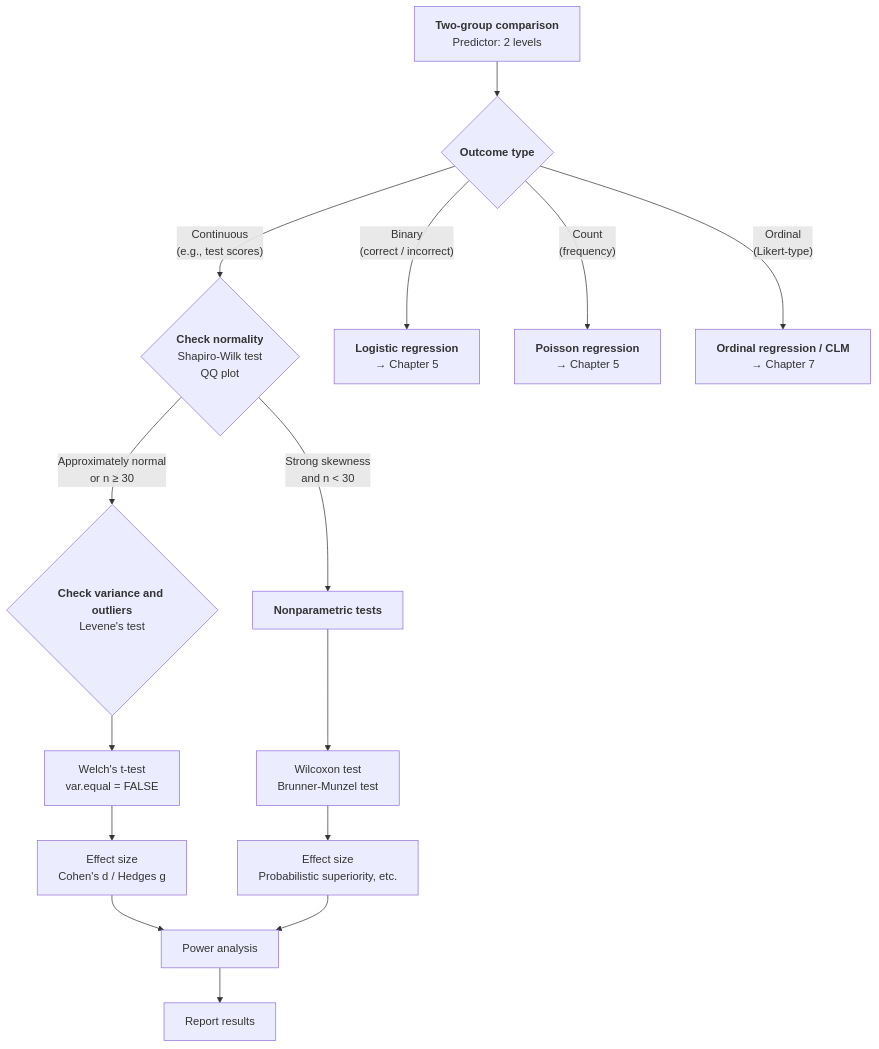
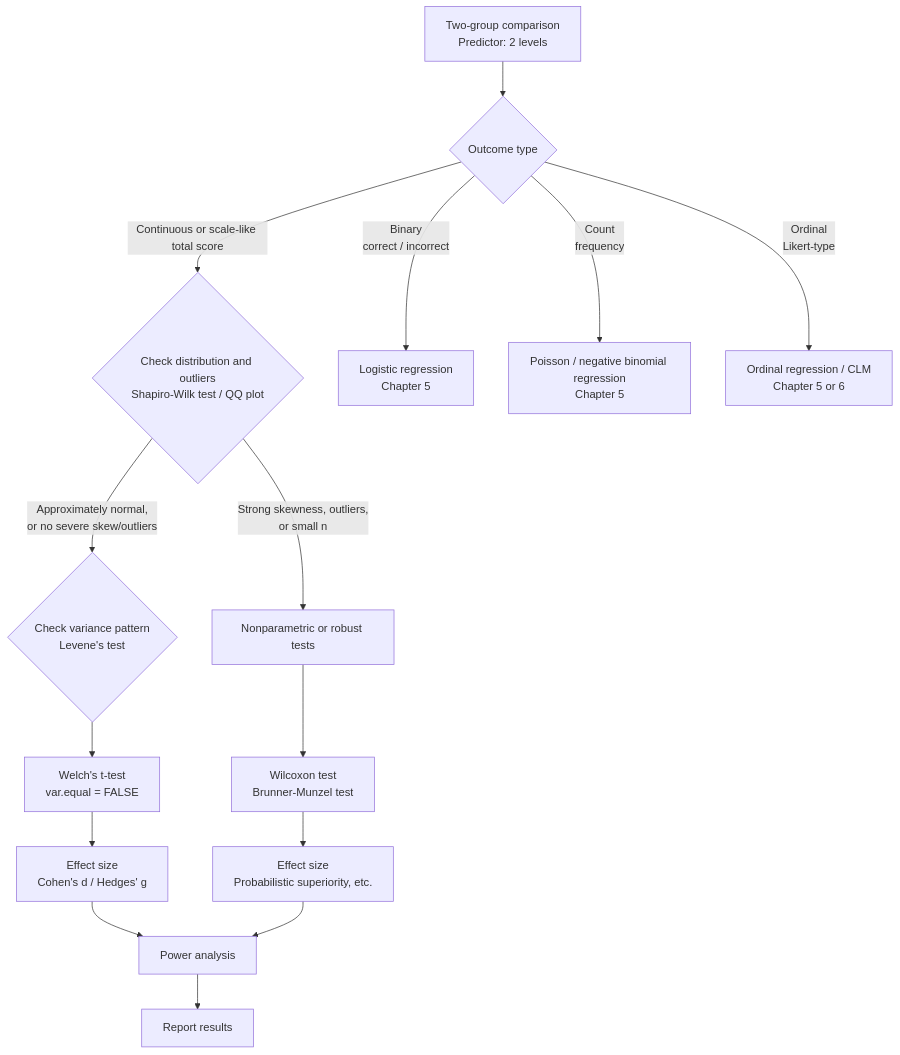
Before and after one commit to Ryuya-dot-com/ELE_Website_Statistics_Book: the diagram in 1_T検定と効果量.qmd, drawn with Mermaid. The commit also changed other lines of this file and 896 other files, not shown here.

````diff
--- a/1_T検定と効果量.qmd
+++ b/1_T検定と効果量.qmd
@@ -272,19 +282,20 @@
 ```{mermaid}
 %%| label: fig-analysis-flow
 %%| fig-cap: "2群比較の分析フローチャート"
+%%| fig-alt: "2群比較では、目的変数の型を確認したうえで、連続量なら分布と外れ値を確認して Welch の t 検定へ進み、2値、頻度、順序データなら一般化線形モデルなどへ進むことを示すフローチャート。"
 flowchart TD
-    A["<b>Two-group comparison</b><br>Predictor: 2 levels"] --> Z{"<b>Outcome type</b>"}
-    Z -->|"Continuous<br>(e.g., test scores)"| B{"<b>Check normality</b><br>Shapiro-Wilk test<br>QQ plot"}
-    Z -->|"Binary<br>(correct / incorrect)"| GLM1["<b>Logistic regression</b><br>→ Chapter 5"]
-    Z -->|"Count<br>(frequency)"| GLM2["<b>Poisson regression</b><br>→ Chapter 5"]
-    Z -->|"Ordinal<br>(Likert-type)"| GLM3["<b>Ordinal regression / CLM</b><br>→ Chapter 7"]
-    B -->|"Approximately normal<br>or n ≥ 30"| C{"<b>Check variance and outliers</b><br>Levene's test"}
-    B -->|"Strong skewness<br>and n < 30"| D["<b>Nonparametric tests</b>"]
+    A["Two-group comparison<br>Predictor: 2 levels"] --> Z{"Outcome type"}
+    Z -->|"Continuous or scale-like total score"| B{"Check distribution and outliers<br>Shapiro-Wilk test / QQ plot"}
+    Z -->|"Binary<br>correct / incorrect"| GLM1["Logistic regression<br>Chapter 5"]
+    Z -->|"Count<br>frequency"| GLM2["Poisson / negative binomial regression<br>Chapter 5"]
+    Z -->|"Ordinal<br>Likert-type"| GLM3["Ordinal regression / CLM<br>Chapter 5 or 6"]
+    B -->|"Approximately normal,<br>or no severe skew/outliers"| C{"Check variance pattern<br>Levene's test"}
+    B -->|"Strong skewness, outliers,<br>or small n"| D["Nonparametric or robust tests"]
     C --> E["Welch's t-test<br>var.equal = FALSE"]
     D --> G["Wilcoxon test<br>Brunner-Munzel test"]
-    E --> H["Effect size<br>Cohen's d / Hedges g"]
+    E --> H["Effect size<br>Cohen's d / Hedges' g"]
     G --> I["Effect size<br>Probabilistic superiority, etc."]
     H --> J["Power analysis"]
     I --> J
     J --> K["Report results"]
 ```
````
